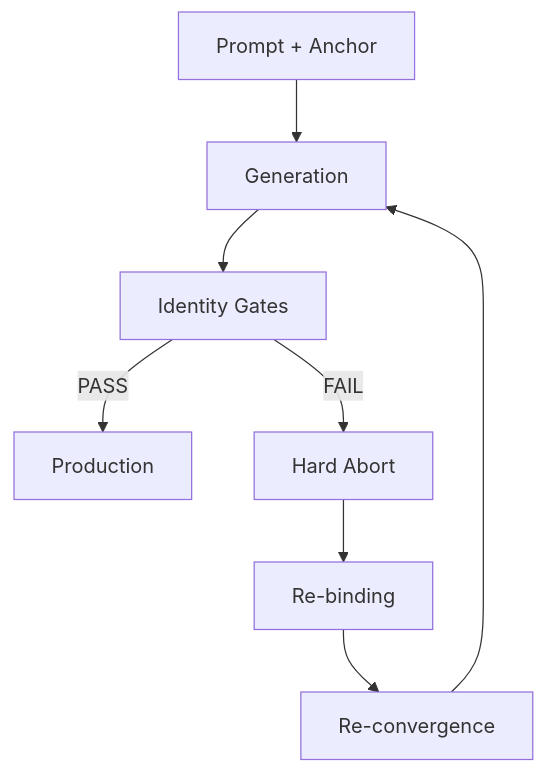
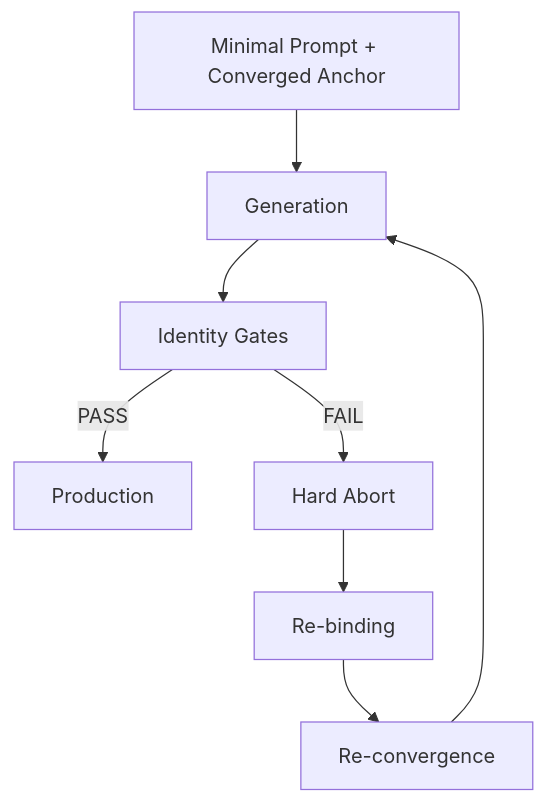
Before and after one commit to watadani-byte/character-identity-protocol: the first of 4 diagrams in README.md, drawn with Mermaid. The commit also changed other lines of this file, not shown here.

````diff
--- a/README.md
+++ b/README.md
@@ -21,10 +21,10 @@
 ```mermaid
 flowchart TD
-    A[Prompt + Anchor] --> B[Generation]
+    A[Minimal Prompt + Converged Anchor] --> B[Generation]
     B --> C[Identity Gates]
     C -->|PASS| D[Production]
     C -->|FAIL| E[Hard Abort]
     E --> F[Re-binding]
     F --> G[Re-convergence]
     G --> B
 ```
````
